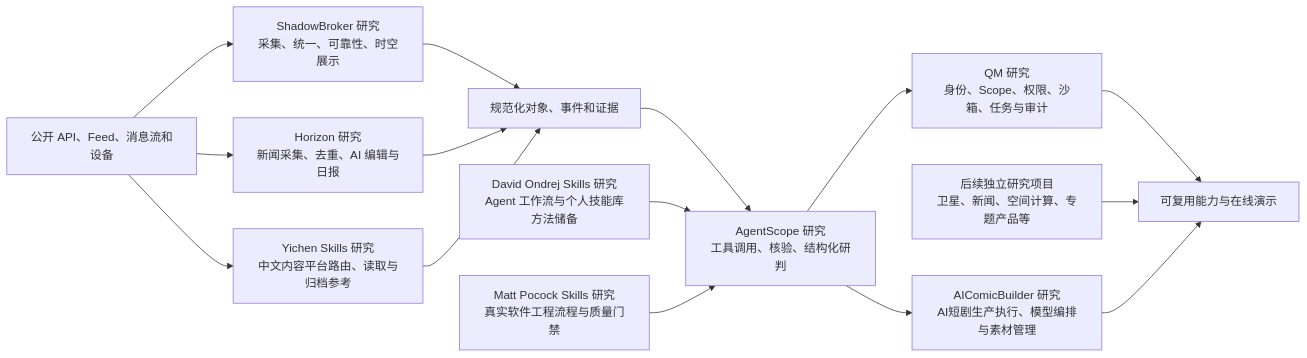
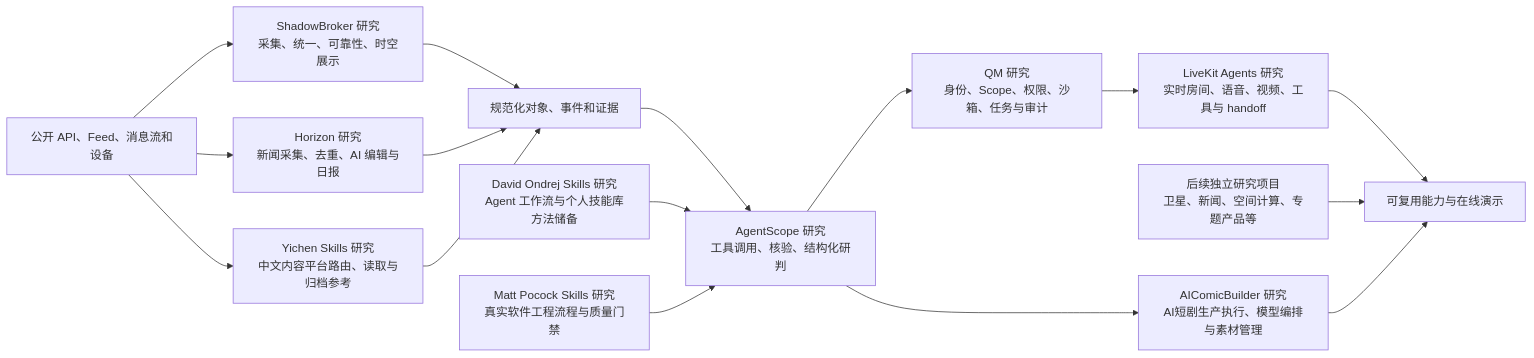
One commit to yydshly/0807_githubcode_study changed the diagram in README.md. Above: the diagram before and after it, drawn with Mermaid. The commit also changed other lines of this file and 61 other files, not shown here.

Commit message:
add LiveKit Agents study and Pages demos

````diff
--- a/README.md
+++ b/README.md
@@ -28,23 +62,24 @@
 ```mermaid
 flowchart LR
     A["公开 API、Feed、消息流和设备"]
     B["ShadowBroker 研究<br/>采集、统一、可靠性、时空展示"]
     H["Horizon 研究<br/>新闻采集、去重、AI 编辑与日报"]
     Y["Yichen Skills 研究<br/>中文内容平台路由、读取与归档参考"]
     S["David Ondrej Skills 研究<br/>Agent 工作流与个人技能库方法储备"]
     M["Matt Pocock Skills 研究<br/>真实软件工程流程与质量门禁"]
     X["AIComicBuilder 研究<br/>AI短剧生产执行、模型编排与素材管理"]
     Q["QM 研究<br/>身份、Scope、权限、沙箱、任务与审计"]
+    L["LiveKit Agents 研究<br/>实时房间、语音、视频、工具与 handoff"]
     C["规范化对象、事件和证据"]
     D["AgentScope 研究<br/>工具调用、核验、结构化研判"]
     F["后续独立研究项目<br/>卫星、新闻、空间计算、专题产品等"]
     E["可复用能力与在线演示"]
     A --> B --> C --> D
     A --> H --> C
     A --> Y --> C
     S --> D
     M --> D
-    D --> Q --> E
+    D --> Q --> L --> E
     F --> E
     D --> X --> E
 ```
````
